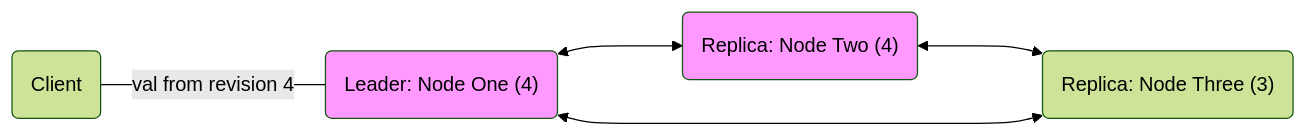
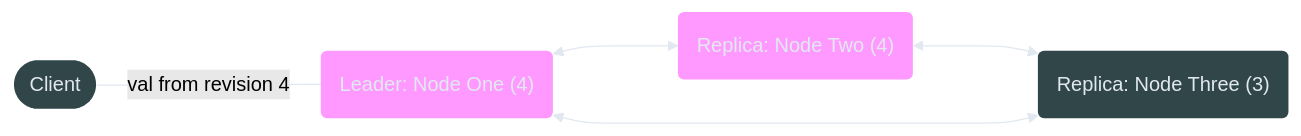
One commit to GeorgeMac/macro.re changed the second of 4 diagrams in pages/posts/etcd-and-concurrency-stm.mdx. Above: the diagram before and after it, drawn with Mermaid (forest theme). The commit also changed other lines of this file and 6 other files, not shown here.

````diff
--- a/pages/posts/etcd-and-concurrency-stm.mdx
+++ b/pages/posts/etcd-and-concurrency-stm.mdx
@@ -276,15 +281,20 @@
 ```mermaid
 flowchart LR
     n1("Leader: Node One (4)")
     n2("Replica: Node Two (4)")
     n3("Replica: Node Three (3)")
-    c(Client)
+    c([Client])
 
     n1 <---> n2
     n2 <---> n3
     n1 <---> n3
     c -- "val from revision 4" ---n1
 
     style n1 fill:#f9f
     style n2 fill:#f9f
+    linkStyle 0,1,2,3 background-color:#fff,stroke:#E2E8F0
+    classDef nodeDefault fill:#314649,color:#E2E8F0,stroke-width:0
+    classDef nodeHigh fill:#c3979f,color:#E2E8F0,stroke-width:0
+    class n3,c nodeDefault;
+    class n1,n2 nodeHigh;
 ```
````
